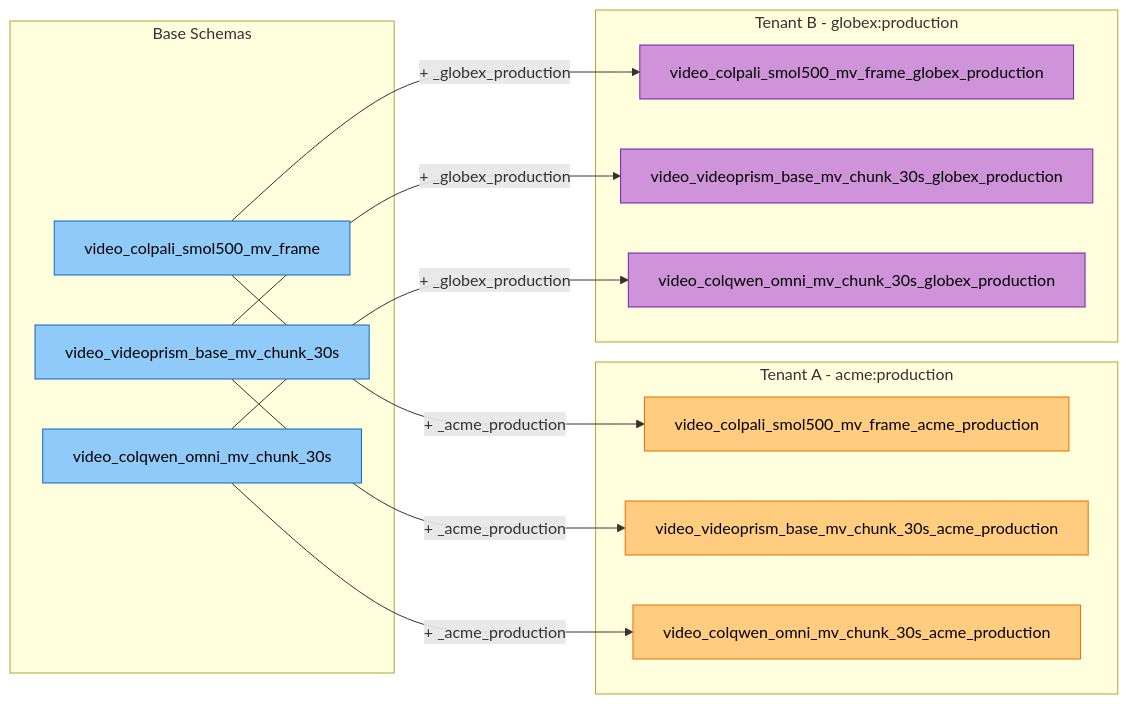
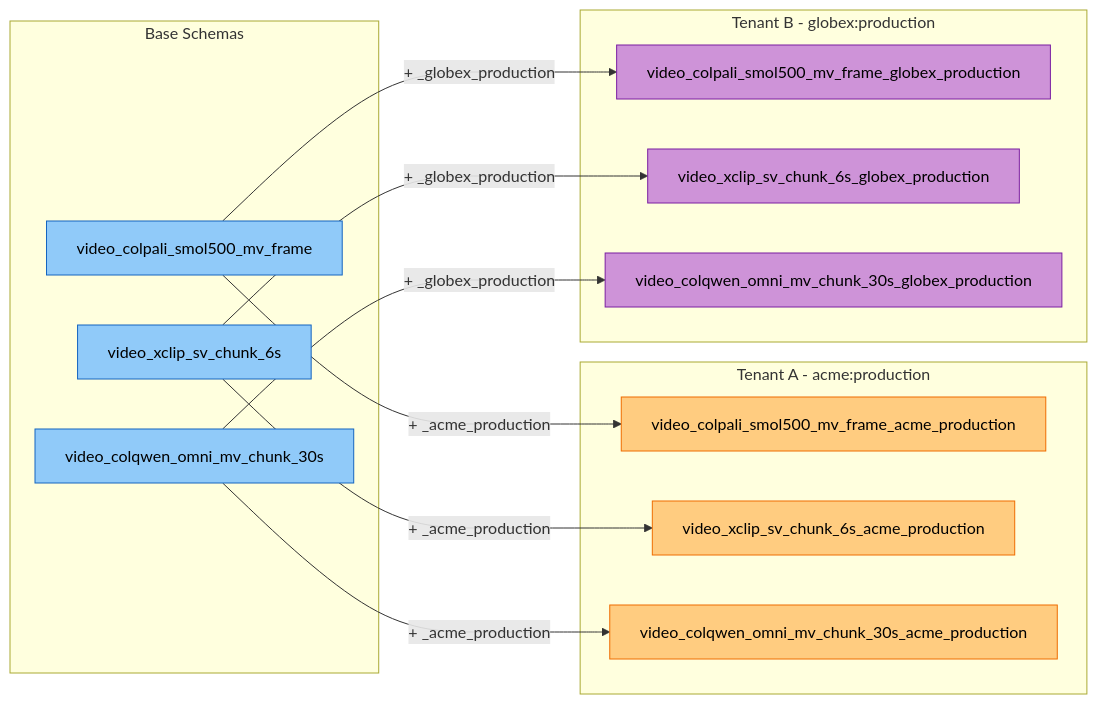
One commit to amit-jain/cogniverse changed the third of 21 diagrams in docs/diagrams/multi-tenant-diagrams.md. Above: the diagram before and after it, drawn with Mermaid. The commit also changed other lines of this file and 168 other files, not shown here.

First line of the commit message:
Remove VideoPrism; X-CLIP is the video embedder

````diff
--- a/docs/diagrams/multi-tenant-diagrams.md
+++ b/docs/diagrams/multi-tenant-diagrams.md
@@ -162,38 +162,38 @@
 ```mermaid
 flowchart LR
     subgraph "Base Schemas"
         ColPali["<span style='color:#000'>video_colpali_smol500_mv_frame</span>"]
-        VideoPrism["<span style='color:#000'>video_videoprism_base_mv_chunk_30s</span>"]
+        X-CLIP["<span style='color:#000'>video_xclip_sv_chunk_6s</span>"]
         ColQwen["<span style='color:#000'>video_colqwen_omni_mv_chunk_30s</span>"]
     end
 
     subgraph "Tenant A - acme:production"
         ColPaliA["<span style='color:#000'>video_colpali_smol500_mv_frame_acme_production</span>"]
-        VideoPrismA["<span style='color:#000'>video_videoprism_base_mv_chunk_30s_acme_production</span>"]
+        X-CLIPA["<span style='color:#000'>video_xclip_sv_chunk_6s_acme_production</span>"]
         ColQwenA["<span style='color:#000'>video_colqwen_omni_mv_chunk_30s_acme_production</span>"]
     end
 
     subgraph "Tenant B - globex:production"
         ColPaliB["<span style='color:#000'>video_colpali_smol500_mv_frame_globex_production</span>"]
-        VideoPrismB["<span style='color:#000'>video_videoprism_base_mv_chunk_30s_globex_production</span>"]
+        X-CLIPB["<span style='color:#000'>video_xclip_sv_chunk_6s_globex_production</span>"]
         ColQwenB["<span style='color:#000'>video_colqwen_omni_mv_chunk_30s_globex_production</span>"]
     end
 
     ColPali -->|+ _acme_production| ColPaliA
-    VideoPrism -->|+ _acme_production| VideoPrismA
+    X-CLIP -->|+ _acme_production| X-CLIPA
     ColQwen -->|+ _acme_production| ColQwenA
 
     ColPali -->|+ _globex_production| ColPaliB
-    VideoPrism -->|+ _globex_production| VideoPrismB
+    X-CLIP -->|+ _globex_production| X-CLIPB
     ColQwen -->|+ _globex_production| ColQwenB
 
     style ColPali fill:#90caf9,stroke:#1565c0,color:#000
-    style VideoPrism fill:#90caf9,stroke:#1565c0,color:#000
+    style X-CLIP fill:#90caf9,stroke:#1565c0,color:#000
     style ColQwen fill:#90caf9,stroke:#1565c0,color:#000
     style ColPaliA fill:#ffcc80,stroke:#ef6c00,color:#000
-    style VideoPrismA fill:#ffcc80,stroke:#ef6c00,color:#000
+    style X-CLIPA fill:#ffcc80,stroke:#ef6c00,color:#000
     style ColQwenA fill:#ffcc80,stroke:#ef6c00,color:#000
     style ColPaliB fill:#ce93d8,stroke:#7b1fa2,color:#000
-    style VideoPrismB fill:#ce93d8,stroke:#7b1fa2,color:#000
+    style X-CLIPB fill:#ce93d8,stroke:#7b1fa2,color:#000
     style ColQwenB fill:#ce93d8,stroke:#7b1fa2,color:#000
 ```
````
